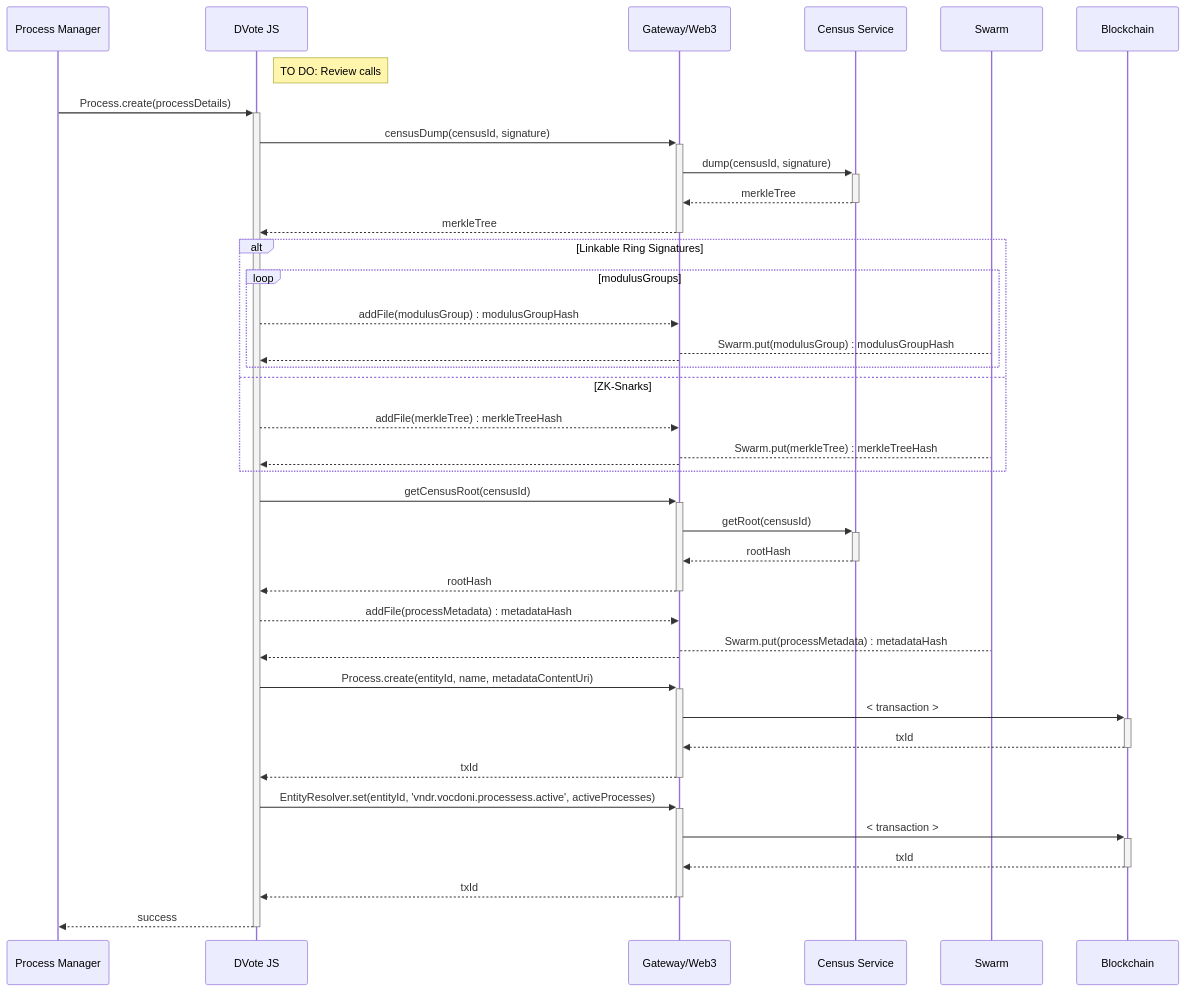
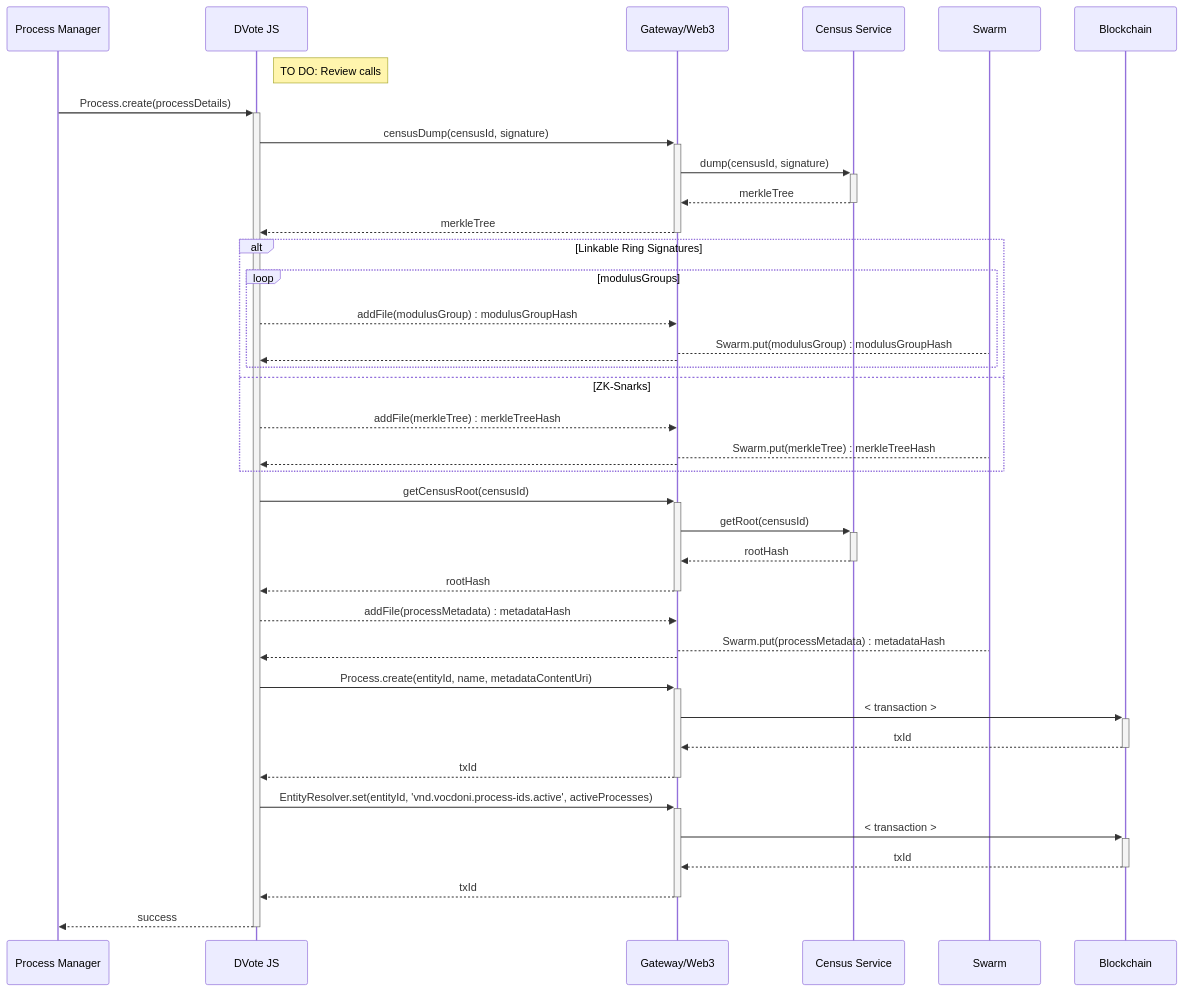
The seventh of 15 diagrams in docs/architecture/sequence-diagrams.md (vocdoni/docs), drawn with Mermaid before and after one commit. The commit also changed other lines of this file, not shown here.

Commit message:
Updating EntityResolver keys and list() method insteado of text()

````diff
--- a/docs/architecture/sequence-diagrams.md
+++ b/docs/architecture/sequence-diagrams.md
@@ -325,51 +325,51 @@
 ```mermaid
 sequenceDiagram
     participant PM as Process Manager
     participant DV as DVote JS
     participant GW as Gateway/Web3
     participant CS as Census Service
     participant SW as Swarm
     participant BC as Blockchain
 
     Note right of DV: TO DO: Review calls
 
     PM->>+DV: Process.create(processDetails)
 
         DV->>+GW: censusDump(censusId, signature)
             GW->>+CS: dump(censusId, signature)
             CS-->>-GW: merkleTree
         GW-->>-DV: merkleTree
 
         alt Linkable Ring Signatures
             loop modulusGroups
                 DV-->>GW: addFile(modulusGroup) : modulusGroupHash
                     GW-->SW: Swarm.put(modulusGroup) : modulusGroupHash
                 GW-->>DV: 
             end
         else ZK-Snarks
             DV-->>GW: addFile(merkleTree) : merkleTreeHash
                 GW-->SW: Swarm.put(merkleTree) : merkleTreeHash
             GW-->>DV: 
         end
 
         DV->>+GW: getCensusRoot(censusId)
         GW->>+CS: getRoot(censusId)
         CS-->>-GW: rootHash
         GW-->>-DV: rootHash
 
         DV-->>GW: addFile(processMetadata) : metadataHash
             GW-->SW: Swarm.put(processMetadata) : metadataHash
         GW-->>DV: 
 
         DV->>+GW: Process.create(entityId, name, metadataContentUri)
             GW->>+BC: #60; transaction #62;
             BC-->>-GW: txId
         GW-->>-DV: txId
 
-        DV->>+GW: EntityResolver.set(entityId, 'vndr.vocdoni.processess.active', activeProcesses)
+        DV->>+GW: EntityResolver.set(entityId, 'vnd.vocdoni.process-ids.active', activeProcesses)
             GW->>+BC: #60; transaction #62;
             BC-->>-GW: txId
         GW-->>-DV: txId
 
     DV-->>-PM: success
 ```
````
